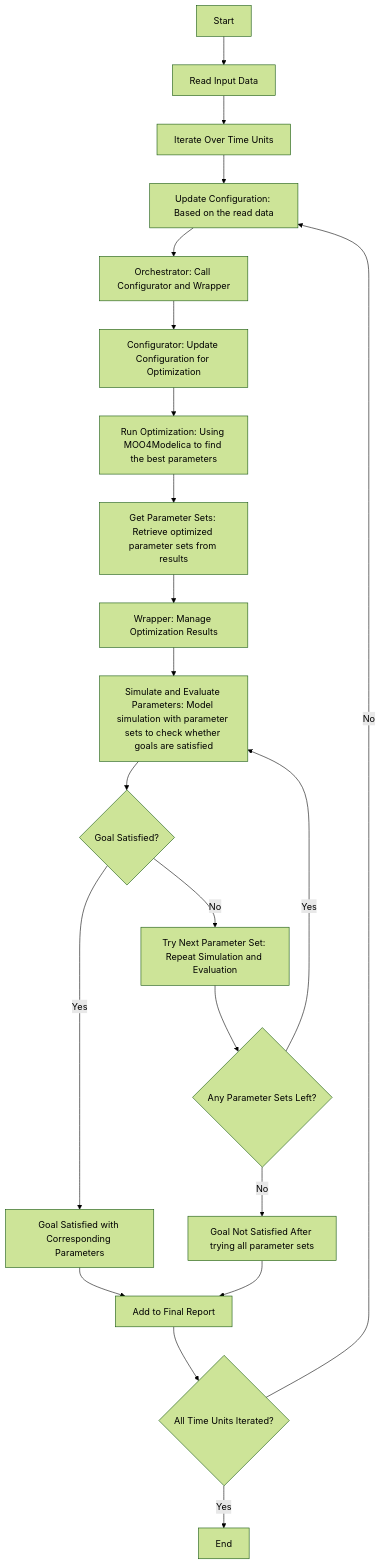
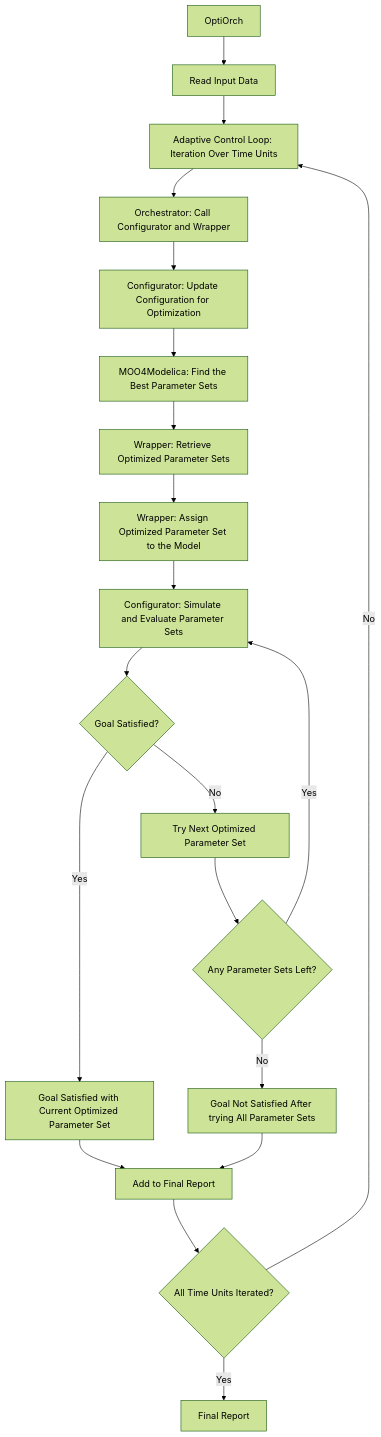
Before and after one commit to wangzizhe/OptiOrch: the diagram in docs/ModelicaOrch/Workflow.md, drawn with Mermaid (forest theme).

Commit message:
docs update flowchart

````diff
--- a/docs/ModelicaOrch/Workflow.md
+++ b/docs/ModelicaOrch/Workflow.md
@@ -28,21 +28,20 @@
 ```mermaid
 graph TD
-    A[Start] --> B[Read Input Data]
-    B --> C[Iterate Over Time Units]
-    C --> D[Update Configuration: Based on the read data] --> E1[Orchestrator: Call Configurator and Wrapper]
-    E1 --> E2[Configurator: Update Configuration for Optimization]
-    E2 --> E[Run Optimization: Using MOO4Modelica to find the best parameters]
-    E --> F[Get Parameter Sets: Retrieve optimized parameter sets from results] --> F1[Wrapper: Manage Optimization Results]
-    F1 --> G[Simulate and Evaluate Parameters: Model simulation with parameter sets to check whether goals are satisfied]
-    G --> H{Goal Satisfied?}
-    H --> |Yes| I[Goal Satisfied with Corresponding Parameters]
-    H --> |No| J[Try Next Parameter Set: Repeat Simulation and Evaluation]
-    J --> K{Any Parameter Sets Left?}
-    K --> |Yes| G
-    K --> |No| L[Goal Not Satisfied After trying all parameter sets]
-    I --> M[Add to Final Report]
-    L --> M
-    M --> N{All Time Units Iterated?}
-    N --> |No| D
-    N --> |Yes| O[End]
+    A[OptiOrch] --> B[Read Input Data]
+    B --> C[Adaptive Control Loop: Iteration Over Time Units] --> D1[Orchestrator: Call Configurator and Wrapper]
+    D1 --> D2[Configurator: Update Configuration for Optimization]
+    D2 --> D[MOO4Modelica: Find the Best Parameter Sets]
+    D --> E[Wrapper: Retrieve Optimized Parameter Sets] --> E1[Wrapper: Assign Optimized Parameter Set to the Model]
+    E1 --> F[Configurator: Simulate and Evaluate Parameter Sets]
+    F --> G{Goal Satisfied?}
+    G --> |Yes| H[Goal Satisfied with Current Optimized Parameter Set]
+    G --> |No| I[Try Next Optimized Parameter Set]
+    I --> J{Any Parameter Sets Left?}
+    J --> |Yes| F
+    J --> |No| K[Goal Not Satisfied After trying All Parameter Sets]
+    H --> L[Add to Final Report]
+    K --> L
+    L --> M{All Time Units Iterated?}
+    M --> |No| C
+    M --> |Yes| N[Final Report]
 ```
````
